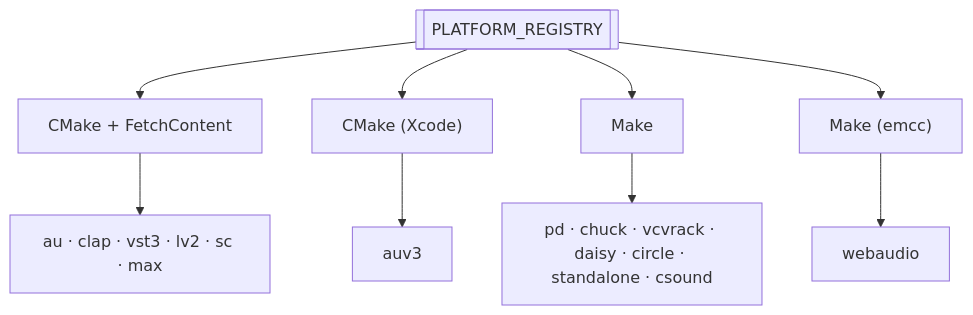
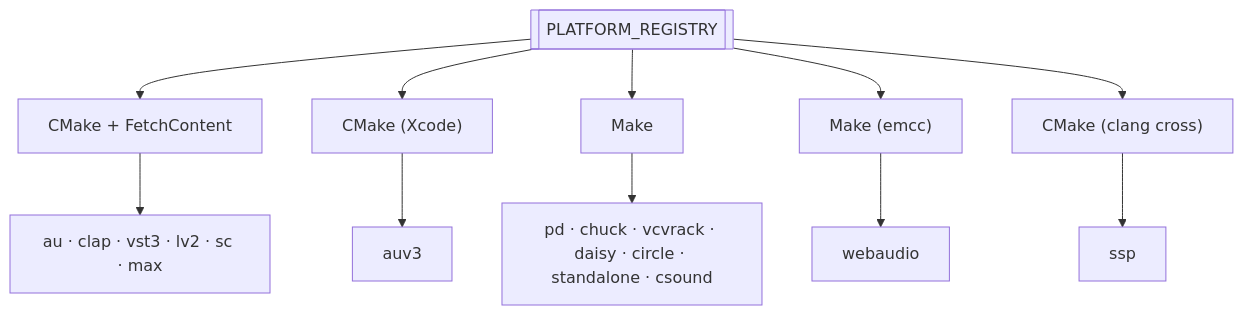
Before and after one commit to shakfu/gen-dsp: the third of 4 diagrams in docs/architecture.md, drawn with Mermaid. The commit also changed 27 other files, not shown here.

````diff
--- a/docs/architecture.md
+++ b/docs/architecture.md
@@ -57,14 +57,16 @@
 ```mermaid
 flowchart TD
     REG[["PLATFORM_REGISTRY"]]
 
     REG --> CM["CMake + FetchContent"]
     REG --> CMX["CMake (Xcode)"]
     REG --> MK["Make"]
     REG --> EM["Make (emcc)"]
+    REG --> CC["CMake (clang cross)"]
 
     CM --> CM1["au · clap · vst3 · lv2 · sc · max"]
     CMX --> CMX1["auv3"]
     MK --> MK1["pd · chuck · vcvrack · daisy · circle · standalone · csound"]
     EM --> EM1["webaudio"]
+    CC --> CC1["ssp"]
 ```
````
